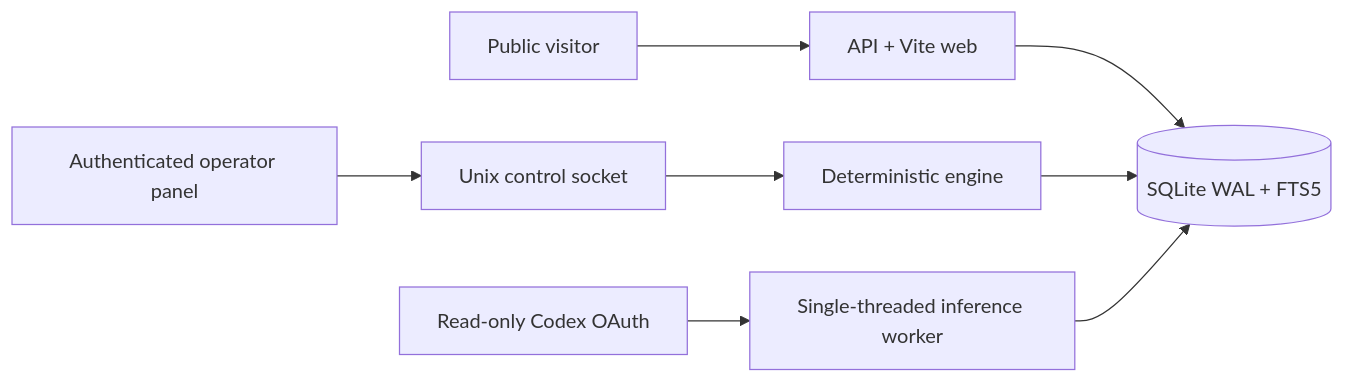
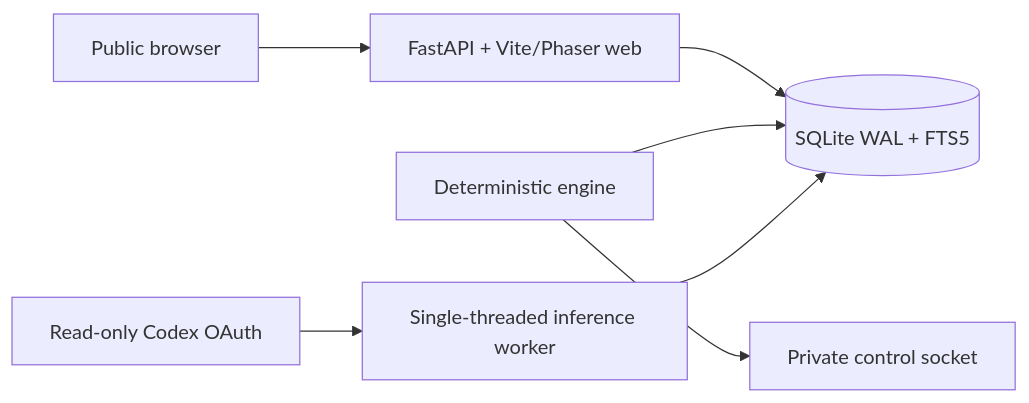
The diagram in README.md (n30nex/Krabville), drawn with Mermaid before and after one commit. The commit also changed other lines of this file and 45 other files, not shown here.

````diff
--- a/README.md
+++ b/README.md
@@ -26,10 +57,9 @@
 ```mermaid
 flowchart LR
-  Visitor["Public visitor"] --> Web["API + Vite web"]
+  Browser["Public browser"] --> Web["FastAPI + Vite/Phaser web"]
   Web --> DB[("SQLite WAL + FTS5")]
   Engine["Deterministic engine"] --> DB
-  Admin["Authenticated operator panel"] --> Socket["Unix control socket"]
-  Socket --> Engine
-  Worker["Single-threaded inference worker"] --> DB
-  OAuth["Read-only Codex OAuth"] --> Worker
+  Engine --> Socket["Private control socket"]
+  Inference["Single-threaded inference worker"] --> DB
+  OAuth["Read-only Codex OAuth"] --> Inference
 ```
````
